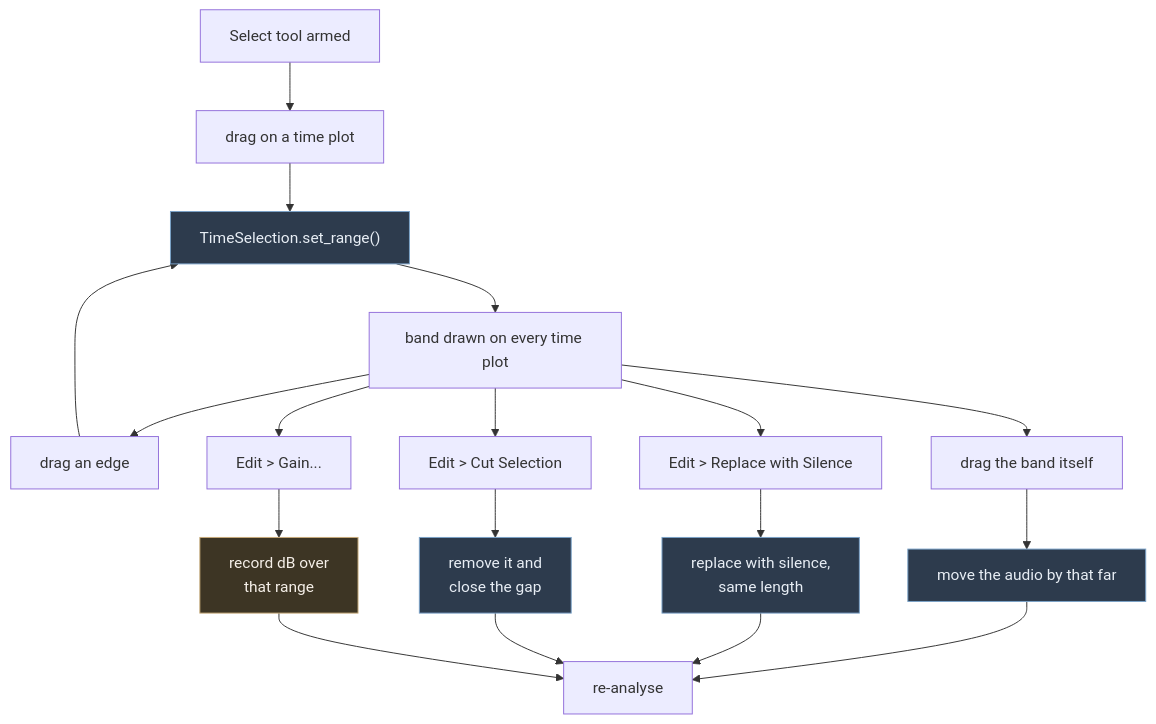
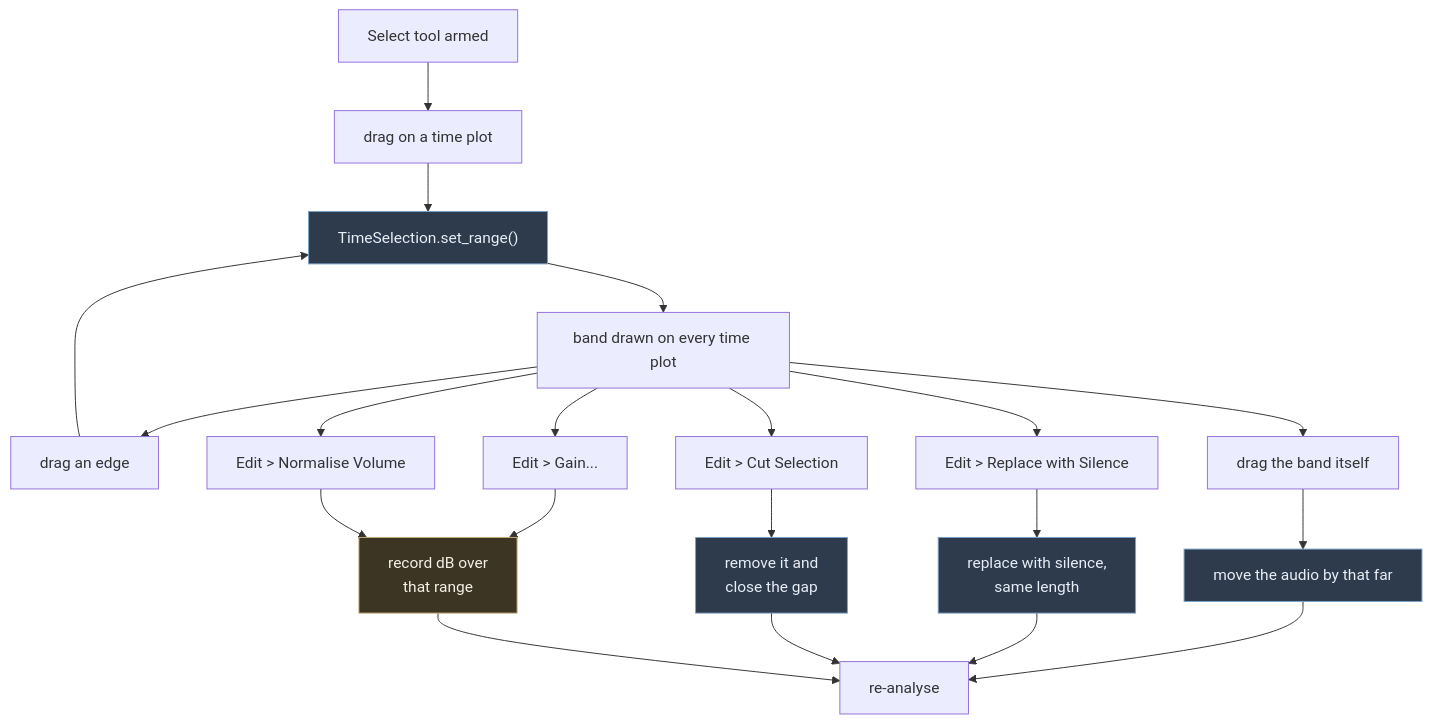
One commit to fabstr/voicevis changed the first of 2 diagrams in src/ui/AudioEditing.md. Above: the diagram before and after it, drawn with Mermaid. The commit also changed other lines of this file and 4 other files, not shown here.

````diff
--- a/src/ui/AudioEditing.md
+++ b/src/ui/AudioEditing.md
@@ -14,22 +14,23 @@
 ```mermaid
 flowchart TD
     S["Select tool armed"] --> D["drag on a time plot"]
     D --> R["TimeSelection.set_range()"]
     R --> B["band drawn on every time plot"]
 
     B --> E["drag an edge"] --> R
     B --> M["drag the band itself"] --> MV["move the audio by that far"]
     B --> Z["Edit &gt; Replace with Silence"] --> SI["replace with silence,<br/>same length"]
     B --> C["Edit &gt; Cut Selection"] --> CU["remove it and<br/>close the gap"]
     B --> G["Edit &gt; Gain..."] --> GA["record dB over<br/>that range"]
+    B --> N["Edit &gt; Normalise Volume"] --> GA
 
     MV --> RA["re-analyse"]
     SI --> RA
     CU --> RA
     GA --> RA
 
     classDef act fill:#2d3b4d,stroke:#7aa2c8,color:#e8eef5
     classDef soft fill:#3d3524,stroke:#c8ab7a,color:#f5efe8
     class R,MV,SI,CU act
     class GA soft
 ```
````
